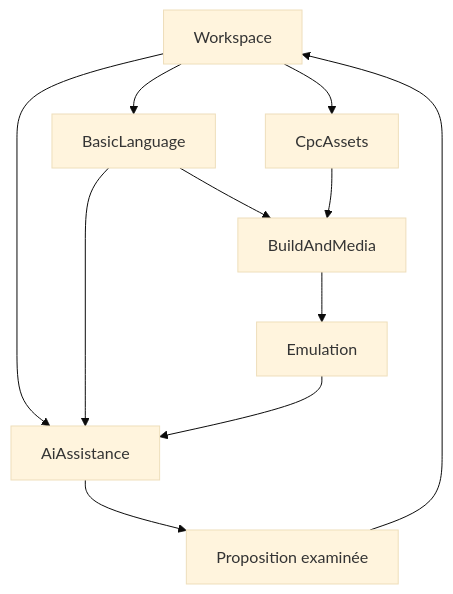
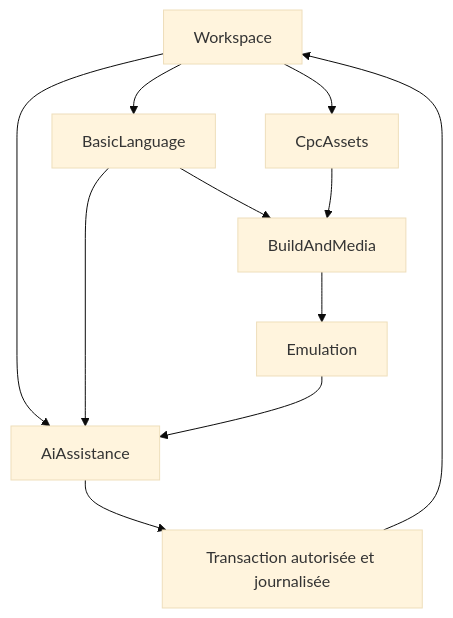
The diagram in docs/specifications/03-domaines-ddd.md (AstrowareConception/Micro-IDE-Amstrad), drawn with Mermaid (base theme) before and after one commit. The commit also changed other lines of this file and 28 other files, not shown here.

````diff
--- a/docs/specifications/03-domaines-ddd.md
+++ b/docs/specifications/03-domaines-ddd.md
@@ -20,13 +20,13 @@
 ```mermaid
 flowchart TD
   W["Workspace"] --> L["BasicLanguage"]
   W --> A["CpcAssets"]
   L --> B["BuildAndMedia"]
   A --> B
   B --> E["Emulation"]
   W --> I["AiAssistance"]
   L --> I
   E --> I
-  I --> P["Proposition examinée"]
+  I --> P["Transaction autorisée et journalisée"]
   P --> W
 ```
````
